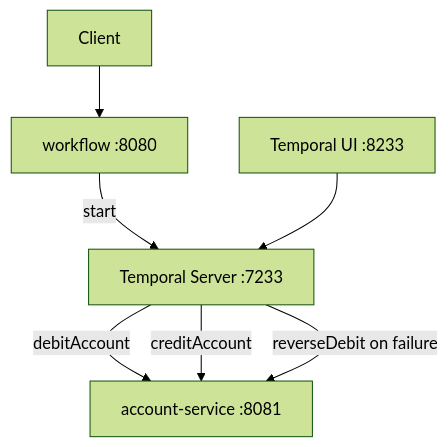
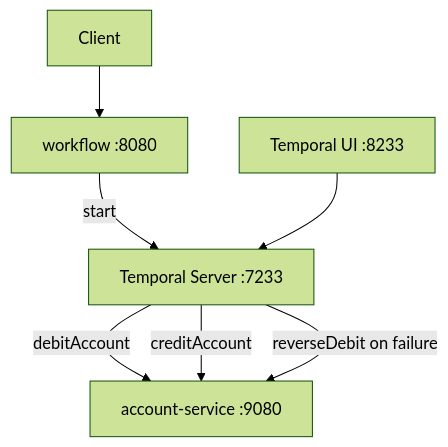
One commit to alexandreroman/durable-money changed the fourth of 4 diagrams in README.md. Above: the diagram before and after it, drawn with Mermaid (forest theme). The commit also changed other lines of this file and 3 other files, not shown here.

First line of the commit message:
Align account-service on port 9080 across modules 2/3/4

````diff
--- a/README.md
+++ b/README.md
@@ -160,9 +160,9 @@
 ```mermaid
 graph TD
     Client --> Workflow[workflow :8080]
     Workflow -->|start| Temporal[Temporal Server :7233]
-    Temporal -->|debitAccount| Account[account-service :8081]
+    Temporal -->|debitAccount| Account[account-service :9080]
     Temporal -->|creditAccount| Account
     Temporal -->|reverseDebit on failure| Account
     UI[Temporal UI :8233] --> Temporal
 ```
````
